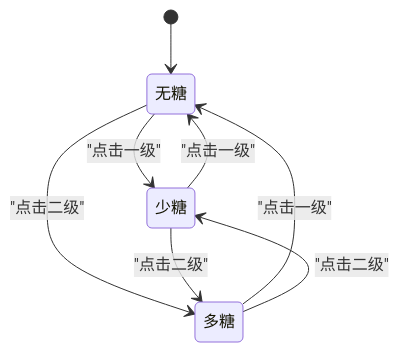
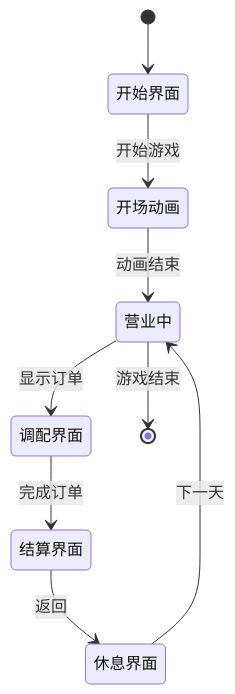
One commit to Thanatos42/-demo changed the third of 4 diagrams in .qoder/repowiki/zh/content/核心系统详解/核心系统详解.md. Above: the diagram before and after it, drawn with Mermaid. The commit also changed other lines of this file and 16 other files, not shown here.

````diff
--- a/.qoder/repowiki/zh/content/核心系统详解/核心系统详解.md
+++ b/.qoder/repowiki/zh/content/核心系统详解/核心系统详解.md
@@ -177,10 +140,11 @@
 ```mermaid
 stateDiagram-v2
-[*] --> 无糖
-无糖 --> 少糖 : "点击一级"
-无糖 --> 多糖 : "点击二级"
-少糖 --> 无糖 : "点击一级"
-少糖 --> 多糖 : "点击二级"
-多糖 --> 无糖 : "点击一级"
-多糖 --> 少糖 : "点击二级"
+[*] --> 开始界面
+开始界面 --> 开场动画 : 开始游戏
+开场动画 --> 营业中 : 动画结束
+营业中 --> 调配界面 : 显示订单
+调配界面 --> 结算界面 : 完成订单
+结算界面 --> 休息界面 : 返回
+休息界面 --> 营业中 : 下一天
+营业中 --> [*] : 游戏结束
 ```
````
